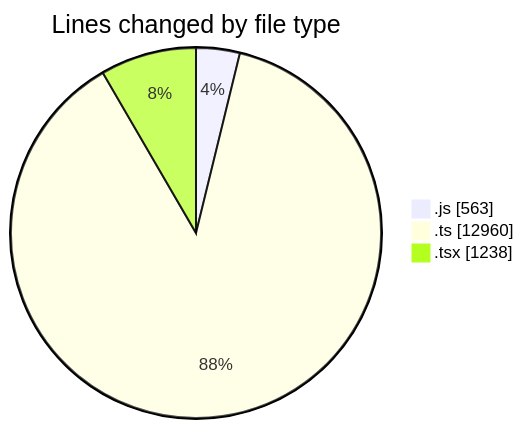
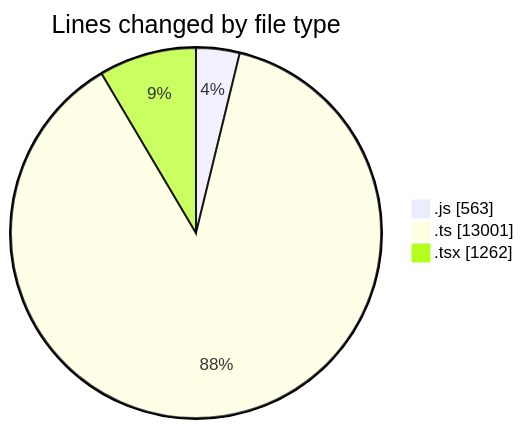
The first of 2 diagrams in 2025-11-14/cda/README.md (momahboobian/code-tracking), drawn with Mermaid before and after one commit. The commit also changed other lines of this file and 1 other file, not shown here.

````diff
--- a/2025-11-14/cda/README.md
+++ b/2025-11-14/cda/README.md
@@ -36,7 +37,7 @@
 ```mermaid
 pie showData
 title Lines changed by file type
 ".js" : 563
-".ts" : 12960
-".tsx" : 1238
+".ts" : 13001
+".tsx" : 1262
 ```
````
